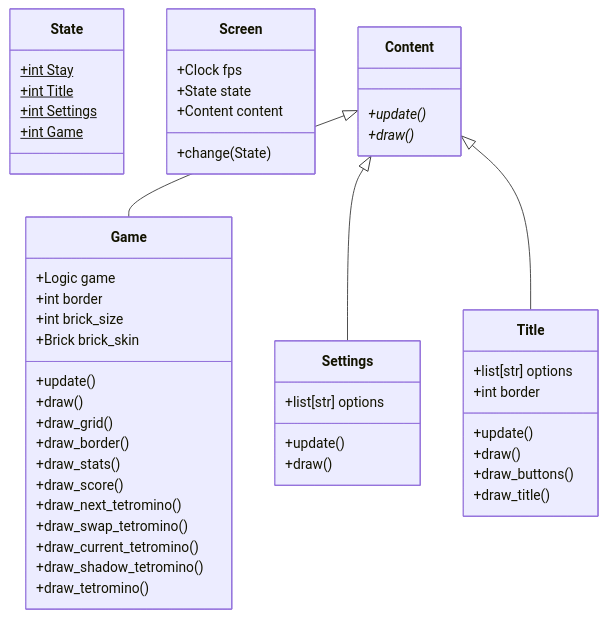
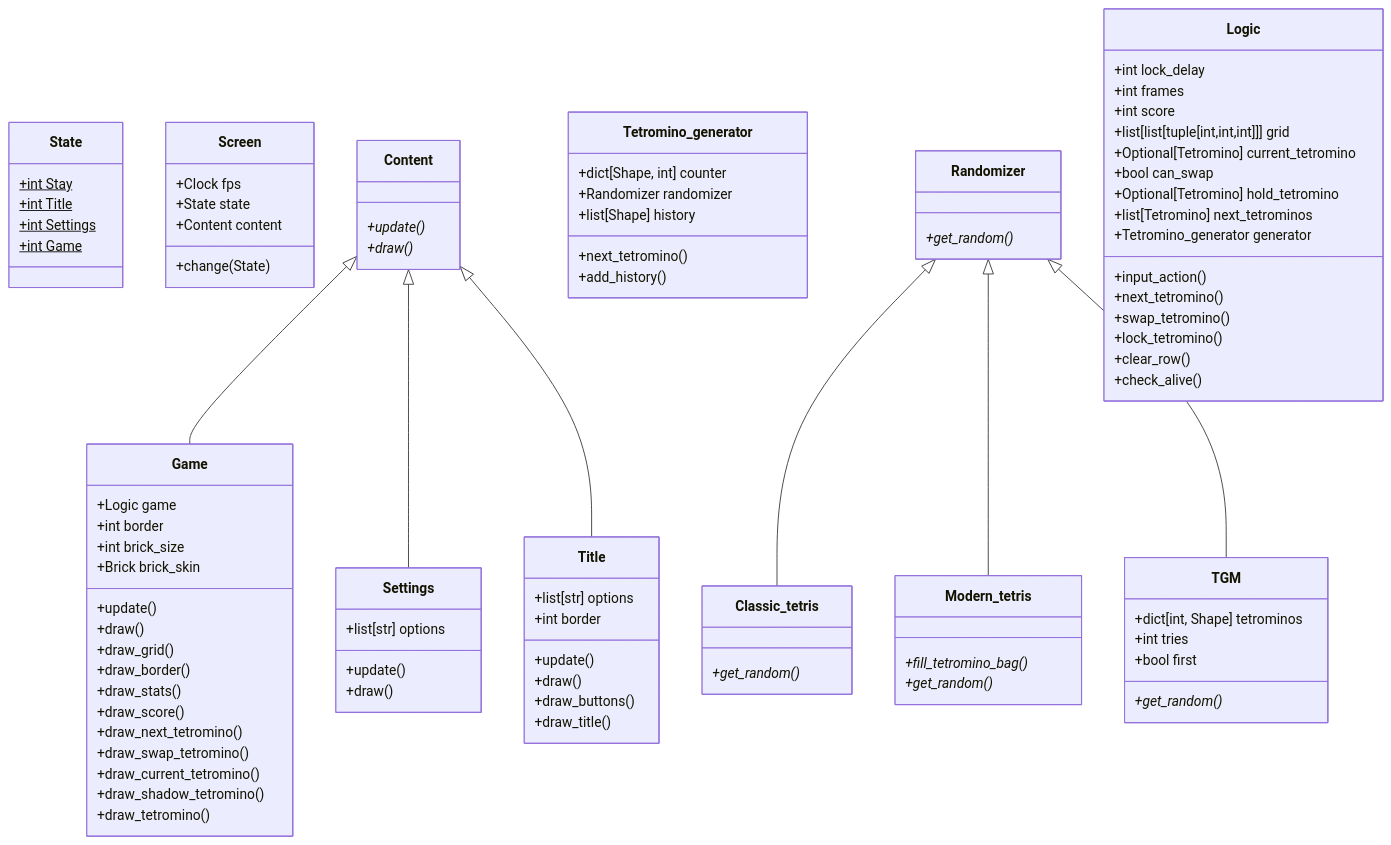
The diagram in README.md (HTsuyoshi/py-tetris), drawn with Mermaid before and after one commit.

Commit message:
add Logic module class diagram

````diff
--- a/README.md
+++ b/README.md
@@ -58,16 +58,19 @@
       +int Settings$
       +int Game$
     }
+
     class Screen{
       +Clock fps
       +State state
       +Content content
       +change(State)
     }
+
     class Content{
       +update()*
       +draw()*
     }
+
     Content <|-- Game
     class Game{
       +Logic game
@@ -86,12 +89,14 @@
       +draw_shadow_tetromino()
       +draw_tetromino()
     }
+
     Content <|-- Settings
     class Settings{
       +list[str] options
       +update()
       +draw()
     }
+
     Content <|-- Title
     class Title{
       +list[str] options
@@ -101,4 +106,53 @@
       +draw_buttons()
       +draw_title()
     }
+
+    class Tetromino_generator{
+      +dict[Shape, int] counter
+      +Randomizer randomizer
+      +list[Shape] history
+      +next_tetromino()
+      +add_history()
+    }
+
+    class Randomizer{
+      +get_random()*
+    }
+
+    Randomizer <|-- Classic_tetris
+    class Classic_tetris{
+      +get_random()*
+    }
+
+    Randomizer <|-- Modern_tetris
+    class Modern_tetris{
+      +fill_tetromino_bag()*
+      +get_random()*
+    }
+
+    Randomizer <|-- TGM
+    class TGM{
+      +dict[int, Shape] tetrominos
+      +int tries
+      +bool first
+      +get_random()*
+    }
+
+    class Logic{
+      +int lock_delay
+      +int frames
+      +int score
+      +list[list[tuple[int,int,int]]] grid
+      +Optional[Tetromino] current_tetromino
+      +bool can_swap
+      +Optional[Tetromino] hold_tetromino
+      +list[Tetromino] next_tetrominos
+      +Tetromino_generator generator
+      +input_action()
+      +next_tetromino()
+      +swap_tetromino()
+      +lock_tetromino()
+      +clear_row()
+      +check_alive()
+    }
 ```
````
